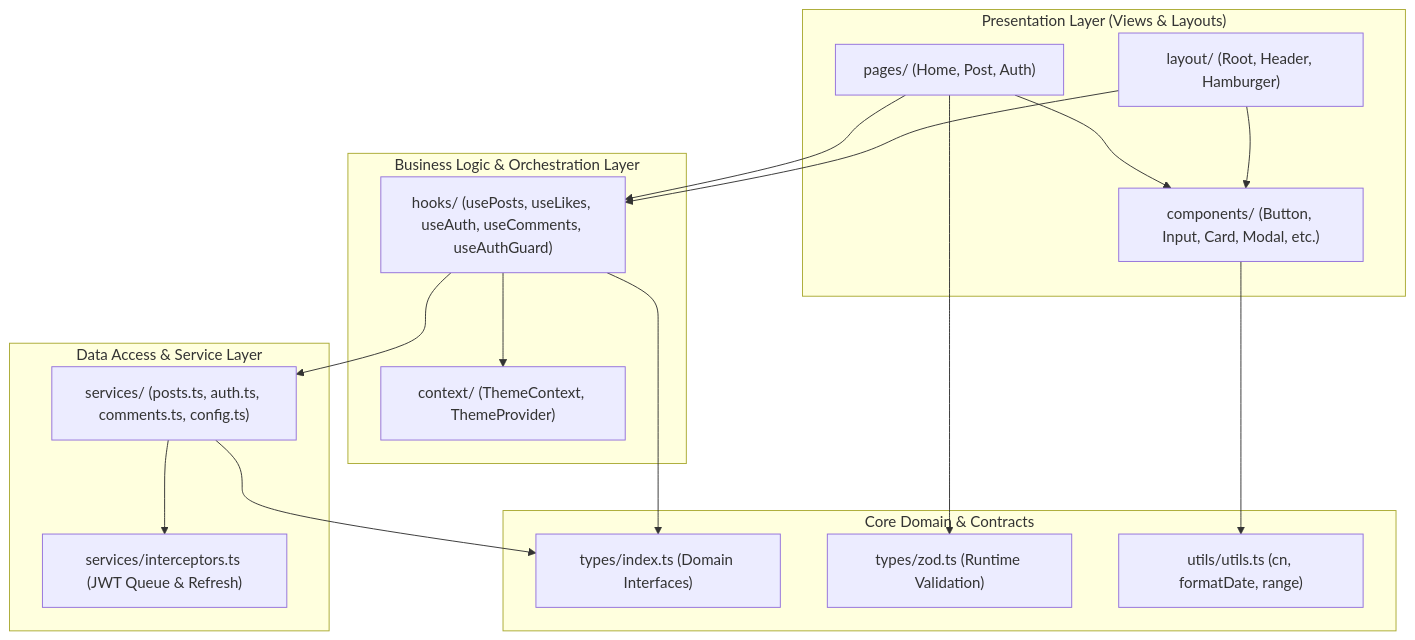
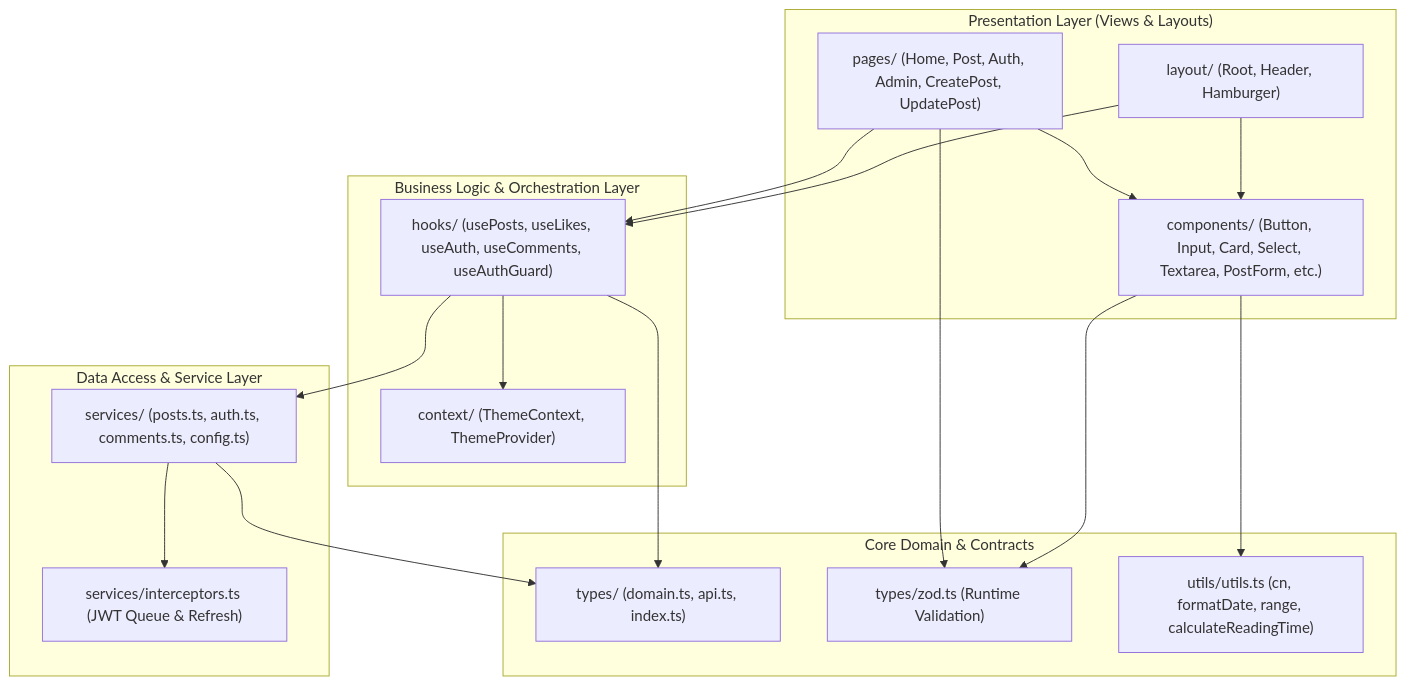
One commit to feddevv/blog-client changed the first of 5 diagrams in docs/architecture.md. Above: the diagram before and after it, drawn with Mermaid. The commit also changed other lines of this file, not shown here.

Commit message:
docs: update architecture documentation to reflect all changes

````diff
--- a/docs/architecture.md
+++ b/docs/architecture.md
@@ -102,36 +131,37 @@
 ```mermaid
 graph TD
     subgraph Presentation_Layer ["Presentation Layer (Views & Layouts)"]
-        Pages["pages/ (Home, Post, Auth)"]
+        Pages["pages/ (Home, Post, Auth, Admin, CreatePost, UpdatePost)"]
         Layout["layout/ (Root, Header, Hamburger)"]
-        Components["components/ (Button, Input, Card, Modal, etc.)"]
+        Components["components/ (Button, Input, Card, Select, Textarea, PostForm, etc.)"]
     end
 
     subgraph Logic_Layer ["Business Logic & Orchestration Layer"]
         Hooks["hooks/ (usePosts, useLikes, useAuth, useComments, useAuthGuard)"]
         Context["context/ (ThemeContext, ThemeProvider)"]
     end
 
     subgraph Data_Layer ["Data Access & Service Layer"]
         Services["services/ (posts.ts, auth.ts, comments.ts, config.ts)"]
         Interceptors["services/interceptors.ts (JWT Queue & Refresh)"]
     end
 
     subgraph Core_Layer ["Core Domain & Contracts"]
-        Types["types/index.ts (Domain Interfaces)"]
+        Types["types/ (domain.ts, api.ts, index.ts)"]
         ZodSchemas["types/zod.ts (Runtime Validation)"]
-        Utils["utils/utils.ts (cn, formatDate, range)"]
+        Utils["utils/utils.ts (cn, formatDate, range, calculateReadingTime)"]
     end
 
     Pages --> Hooks
     Pages --> Components
     Layout --> Components
     Layout --> Hooks
     Components --> Utils
     Hooks --> Services
     Hooks --> Context
     Services --> Interceptors
     Services --> Types
     Hooks --> Types
     Pages --> ZodSchemas
+    Components --> ZodSchemas
 ```
````
